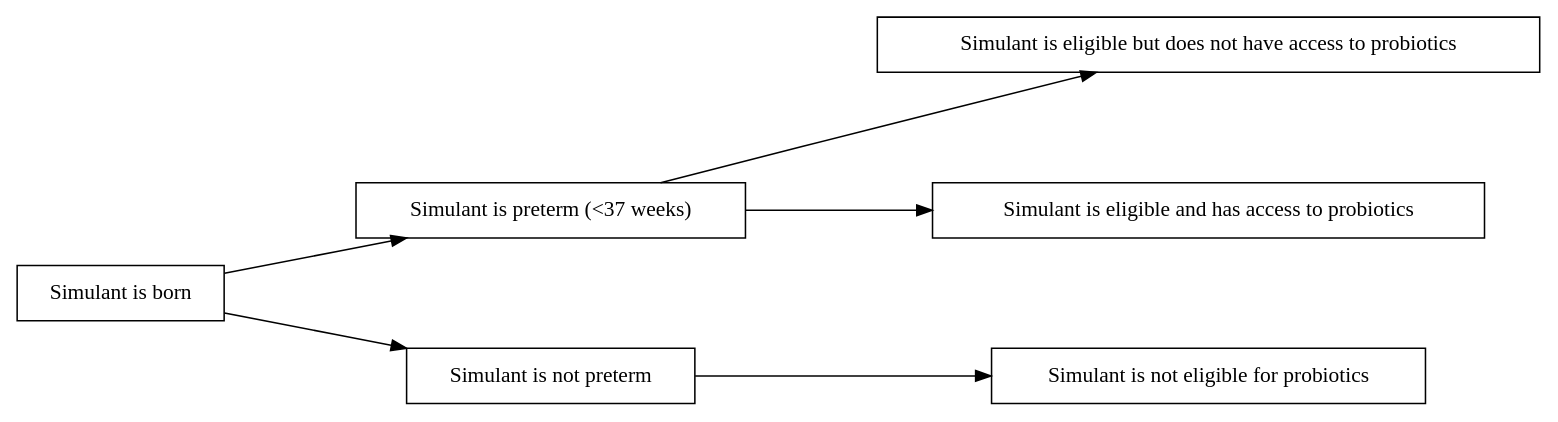
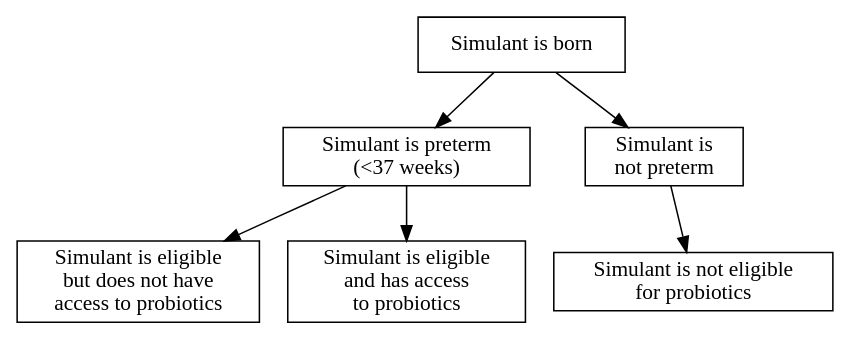
One commit to ihmeuw/vivarium_research changed the first of 2 diagrams in docs/source/models/intervention_models/neonatal/probiotics_intervention.rst. Above: the diagram before and after it, drawn with Graphviz. The commit also changed other lines of this file and 9 other files, not shown here.

First line of the commit message:
Make graphviz cause model diagrams more compact and vertical

```diff
--- a/docs/source/models/intervention_models/neonatal/probiotics_intervention.rst
+++ b/docs/source/models/intervention_models/neonatal/probiotics_intervention.rst
@@ -112,25 +112,20 @@
 .. graphviz::
 
     digraph probiotics {
-        
-        rankdir = LR;
-        nodesep = 1.0;
-        ranksep = 1.2;
-        
+
         node [shape=box]
-        rankdir = LR;
         birth [label="Simulant is born"]
-        preterm [label="Simulant is preterm (<37 weeks)"]
-        not_preterm [label="Simulant is not preterm"]
-        preterm_wo [label="Simulant is eligible but does not have access to probiotics"] 
-        preterm_w [label="Simulant is eligible and has access to probiotics"]
-        not_preterm_wo [label="Simulant is not eligible for probiotics"]
+        preterm [label="Simulant is preterm\n(<37 weeks)"]
+        not_preterm [label="Simulant is\nnot preterm"]
+        preterm_wo [label="Simulant is eligible\nbut does not have\naccess to probiotics"]
+        preterm_w [label="Simulant is eligible\nand has access\nto probiotics"]
+        not_preterm_wo [label="Simulant is not eligible\nfor probiotics"]
       
         birth -> preterm 
         birth -> not_preterm
         
         preterm -> preterm_wo
         preterm -> preterm_w
 
         not_preterm -> not_preterm_wo
     }
```
